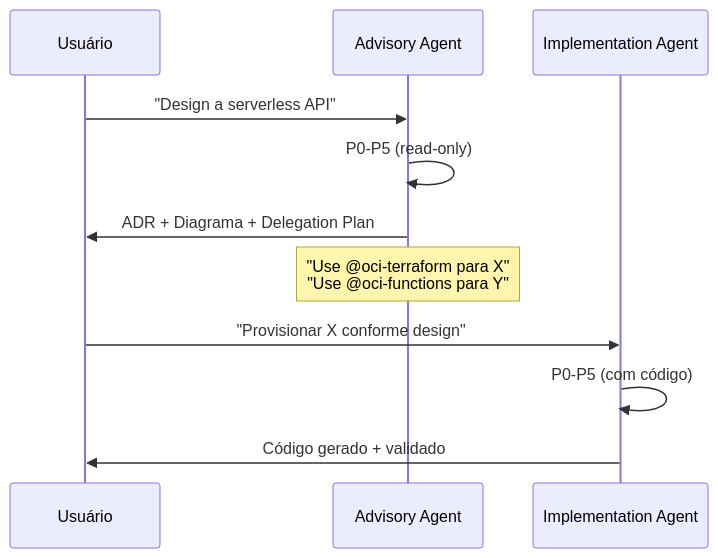
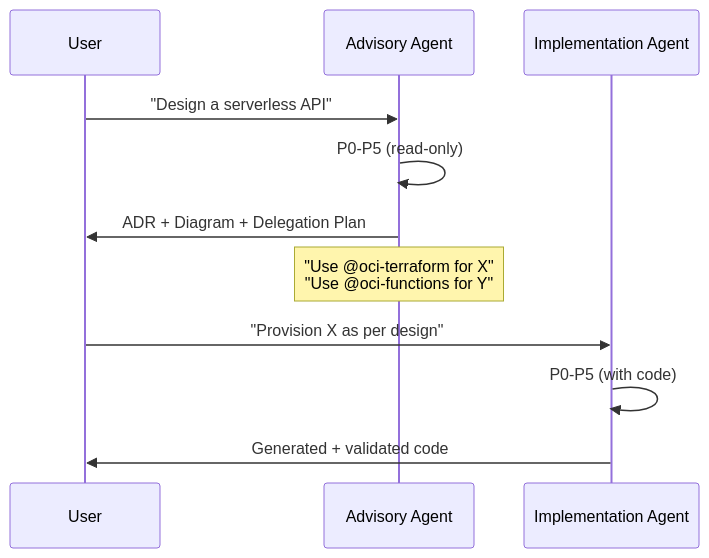
Before and after one commit to rodrigo-mendes/agents-factory: the second of 5 diagrams in docs/fluxos/fluxo-implementacao.md, drawn with Mermaid. The commit also changed other lines of this file and 70 other files, not shown here.

````diff
--- a/docs/fluxos/fluxo-implementacao.md
+++ b/docs/fluxos/fluxo-implementacao.md
@@ -50,14 +50,14 @@
 ```mermaid
 sequenceDiagram
-    participant U as Usuário
+    participant U as User
     participant ADV as Advisory Agent
     participant IMP as Implementation Agent
     
     U->>ADV: "Design a serverless API"
     ADV->>ADV: P0-P5 (read-only)
-    ADV->>U: ADR + Diagrama + Delegation Plan
-    Note over ADV: "Use @oci-terraform para X"<br/>"Use @oci-functions para Y"
-    U->>IMP: "Provisionar X conforme design"
-    IMP->>IMP: P0-P5 (com código)
-    IMP->>U: Código gerado + validado
+    ADV->>U: ADR + Diagram + Delegation Plan
+    Note over ADV: "Use @oci-terraform for X"<br/>"Use @oci-functions for Y"
+    U->>IMP: "Provision X as per design"
+    IMP->>IMP: P0-P5 (with code)
+    IMP->>U: Generated + validated code
 ```
````
